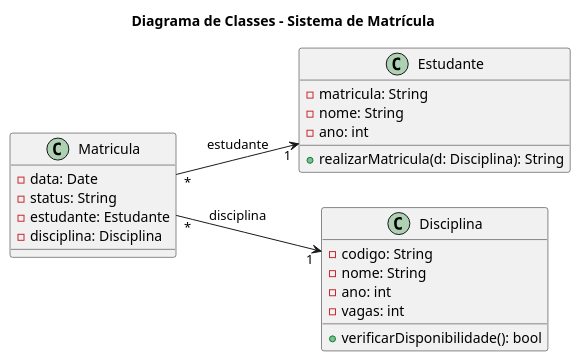
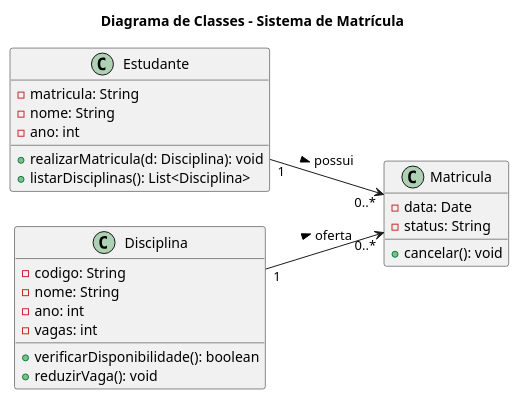
One commit to marceloakira/tutorials changed the third of 3 diagrams in uml-básico/README.md. Above: the diagram before and after it, drawn with PlantUML.

Commit message:
[update] correções no diagrama de classes

````diff
--- a/uml-básico/README.md
+++ b/uml-básico/README.md
@@ -192,35 +192,36 @@
 ```plantuml
 @startuml
 title Diagrama de Classes – Sistema de Matrícula
 
 left to right direction
 
 ' Classes principais
 class Estudante {
     - matricula: String
     - nome: String
     - ano: int
-    + realizarMatricula(d: Disciplina): String
+    + realizarMatricula(d: Disciplina): void
+    + listarDisciplinas(): List<Disciplina>
 }
 
 class Disciplina {
     - codigo: String
     - nome: String
     - ano: int
     - vagas: int
-    + verificarDisponibilidade(): bool
+    + verificarDisponibilidade(): boolean
+    + reduzirVaga(): void
 }
 
 class Matricula {
     - data: Date
     - status: String
-    - estudante: Estudante
-    - disciplina: Disciplina
+    + cancelar(): void
 }
 
 ' Relações estruturais
-Matricula "*" --> "1" Estudante : estudante
-Matricula "*" --> "1" Disciplina : disciplina
+Estudante "1" --> "0..*" Matricula : possui >
+Disciplina "1" --> "0..*" Matricula : oferta >
 
 @enduml
 ```
````
